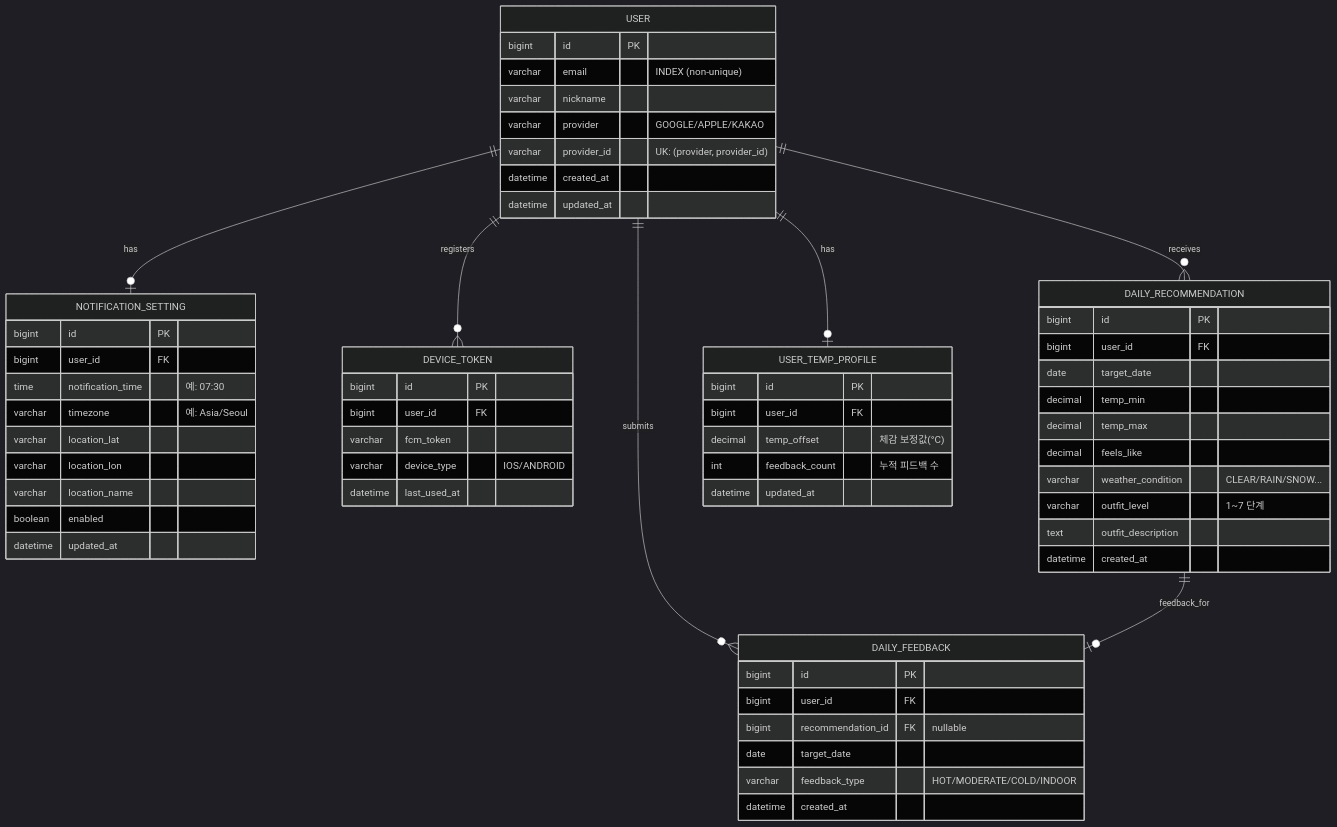
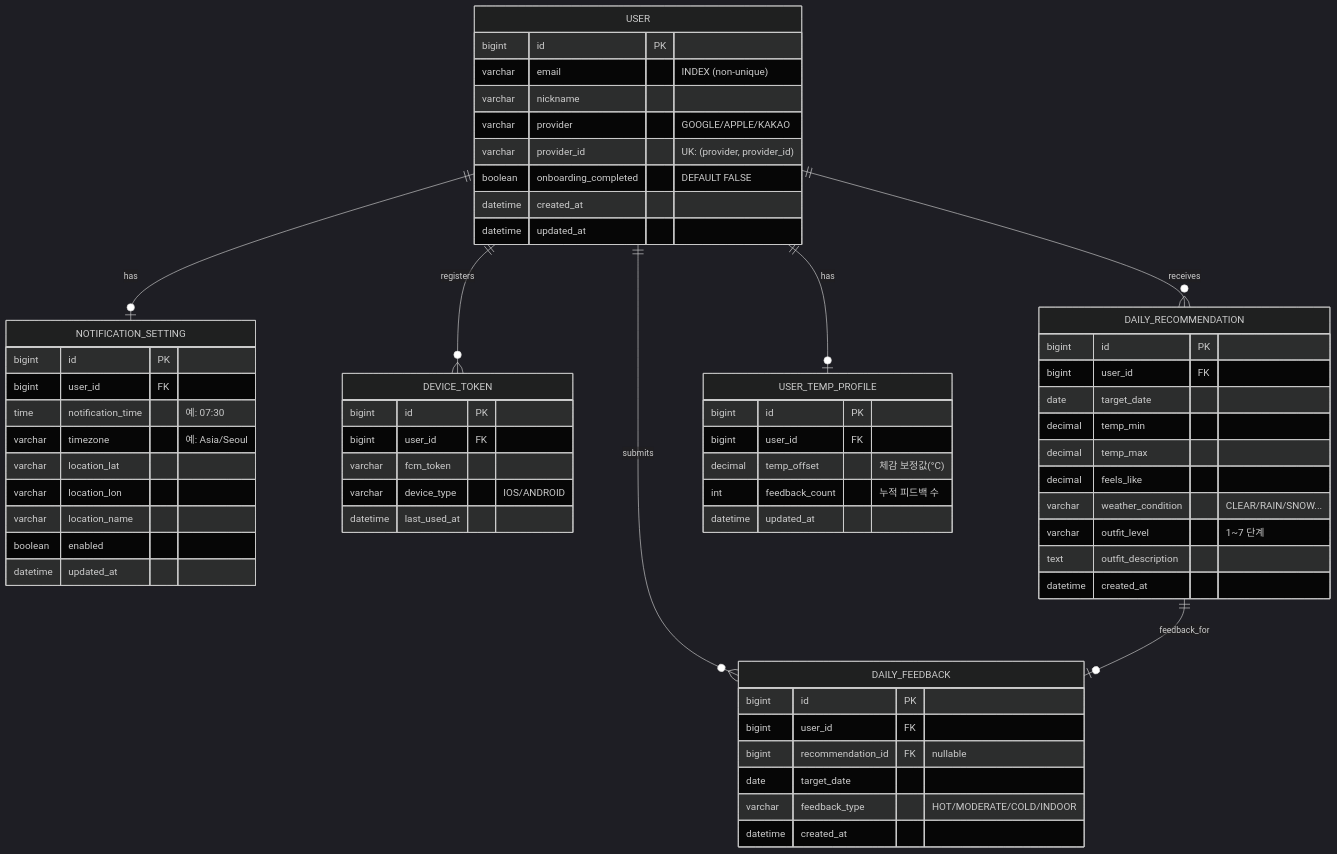
One commit to najang/OMO changed the diagram in docs/04-erd.md. Above: the diagram before and after it, drawn with Mermaid (dark theme). The commit also changed 3 other files, not shown here.

````diff
--- a/docs/04-erd.md
+++ b/docs/04-erd.md
@@ -3,69 +3,70 @@
 ```mermaid
 erDiagram
     USER ||--o| NOTIFICATION_SETTING : has
     USER ||--o{ DEVICE_TOKEN : registers
     USER ||--o{ DAILY_RECOMMENDATION : receives
     USER ||--o{ DAILY_FEEDBACK : submits
     USER ||--o| USER_TEMP_PROFILE : has
     DAILY_RECOMMENDATION ||--o| DAILY_FEEDBACK : "feedback_for"
 
     USER {
         bigint id PK
         varchar email "INDEX (non-unique)"
         varchar nickname
         varchar provider "GOOGLE/APPLE/KAKAO"
         varchar provider_id "UK: (provider, provider_id)"
+        boolean onboarding_completed "DEFAULT FALSE"
         datetime created_at
         datetime updated_at
     }
 
     NOTIFICATION_SETTING {
         bigint id PK
         bigint user_id FK
         time notification_time "예: 07:30"
         varchar timezone "예: Asia/Seoul"
         varchar location_lat
         varchar location_lon
         varchar location_name
         boolean enabled
         datetime updated_at
     }
 
     DEVICE_TOKEN {
         bigint id PK
         bigint user_id FK
         varchar fcm_token
         varchar device_type "IOS/ANDROID"
         datetime last_used_at
     }
 
     DAILY_RECOMMENDATION {
         bigint id PK
         bigint user_id FK
         date target_date
         decimal temp_min
         decimal temp_max
         decimal feels_like
         varchar weather_condition "CLEAR/RAIN/SNOW..."
         varchar outfit_level "1~7 단계"
         text outfit_description
         datetime created_at
     }
 
     DAILY_FEEDBACK {
         bigint id PK
         bigint user_id FK
         bigint recommendation_id FK "nullable"
         date target_date
         varchar feedback_type "HOT/MODERATE/COLD/INDOOR"
         datetime created_at
     }
 
     USER_TEMP_PROFILE {
         bigint id PK
         bigint user_id FK
         decimal temp_offset "체감 보정값(°C)"
         int feedback_count "누적 피드백 수"
         datetime updated_at
     }
 ```
````
